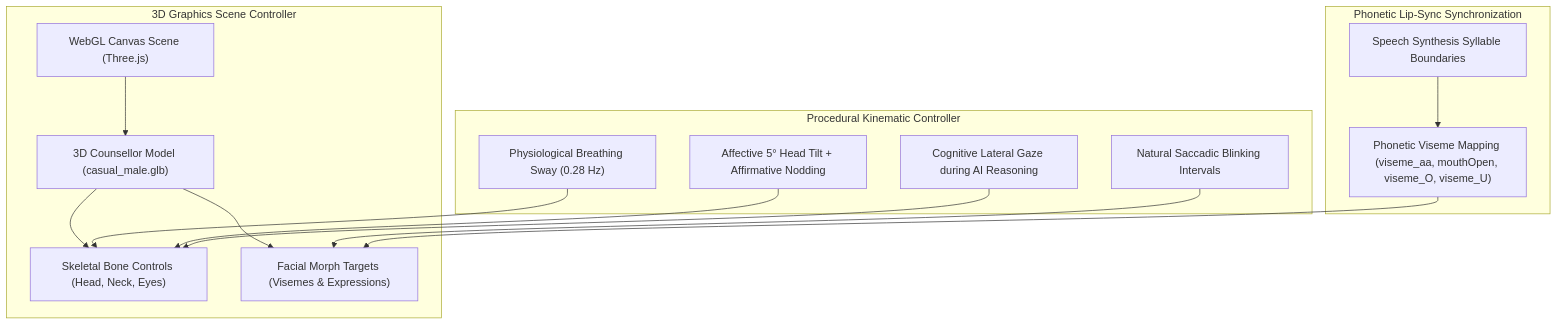
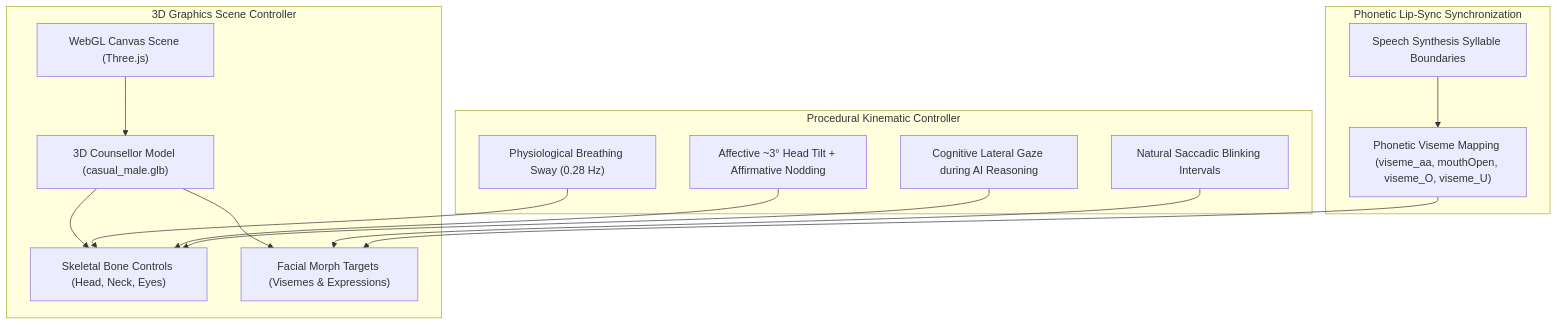
The sixth of 7 diagrams in Mansakha/README.md (Ganga9115/Mansakha), drawn with Mermaid before and after one commit. The commit also changed other lines of this file and 1 other file, not shown here.

First line of the commit message:
Align README with the current roles, workflows, and schema

````diff
--- a/Mansakha/README.md
+++ b/Mansakha/README.md
@@ -377,32 +381,32 @@
 ```mermaid
 graph TD
     subgraph "3D Graphics Scene Controller"
         WebGL["WebGL Canvas Scene (Three.js)"]
         Model["3D Counsellor Model (casual_male.glb)"]
         Bones["Skeletal Bone Controls (Head, Neck, Eyes)"]
         Morphs["Facial Morph Targets (Visemes & Expressions)"]
     end
 
     subgraph "Procedural Kinematic Controller"
         Breathing["Physiological Breathing Sway (0.28 Hz)"]
         Blinking["Natural Saccadic Blinking Intervals"]
-        EmpathyPose["Affective 5° Head Tilt + Affirmative Nodding"]
+        EmpathyPose["Affective ~3° Head Tilt + Affirmative Nodding"]
         ThinkingPose["Cognitive Lateral Gaze during AI Reasoning"]
     end
 
     subgraph "Phonetic Lip-Sync Synchronization"
         TTS["Speech Synthesis Syllable Boundaries"]
         VisemeMap["Phonetic Viseme Mapping (viseme_aa, mouthOpen, viseme_O, viseme_U)"]
     end
 
     WebGL --> Model
     Model --> Bones
     Model --> Morphs
 
     Breathing --> Bones
     Blinking --> Morphs
     EmpathyPose --> Bones
     ThinkingPose --> Bones
 
     TTS --> VisemeMap --> Morphs
 ```
````
